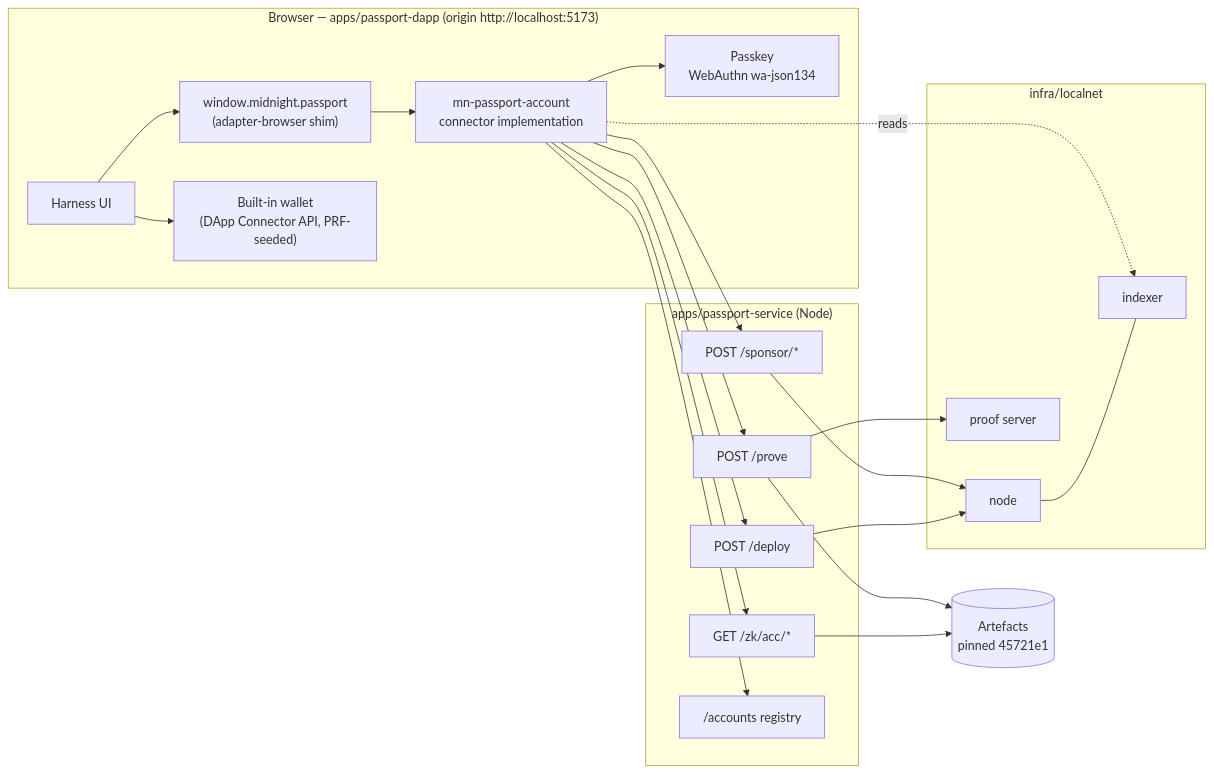
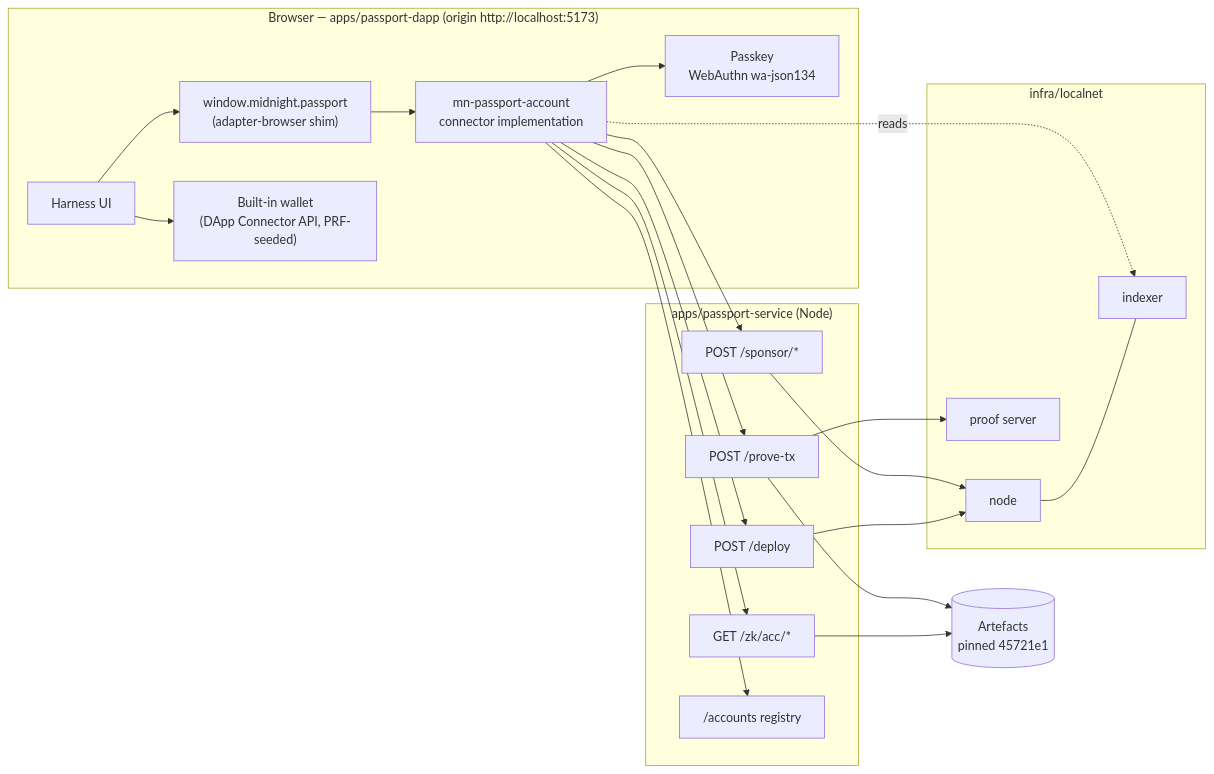
The diagram in docs/superpowers/specs/2026-10-06-passport-dapp-design.md (input-output-hk/midnight-passport-sdk), drawn with Mermaid before and after one commit. The commit also changed other lines of this file and 1 other file, not shown here.

````diff
--- a/docs/superpowers/specs/2026-10-06-passport-dapp-design.md
+++ b/docs/superpowers/specs/2026-10-06-passport-dapp-design.md
@@ -71,32 +73,32 @@
 ```mermaid
 flowchart LR
   subgraph Browser["Browser — apps/passport-dapp (origin http://localhost:5173)"]
     UI[Harness UI]
     Shim["window.midnight.passport<br/>(adapter-browser shim)"]
     Acc["mn-passport-account<br/>connector implementation"]
     Wallet["Built-in wallet<br/>(DApp Connector API, PRF-seeded)"]
     PK[Passkey<br/>WebAuthn wa-json134]
   end
   subgraph Service["apps/passport-service (Node)"]
     ZK["GET /zk/acc/*"]
-    Prove["POST /prove"]
+    Prove["POST /prove-tx"]
     Deploy["POST /deploy"]
     Sponsor["POST /sponsor/*"]
     Reg["/accounts registry"]
   end
   Disk[("Artefacts<br/>pinned 45721e1")]
   subgraph Net["infra/localnet"]
     Node[node] --- Idx[indexer]
     PS[proof server]
   end
   UI --> Shim --> Acc
   Acc --> PK
   Acc --> ZK & Prove & Deploy & Sponsor & Reg
   UI --> Wallet
   ZK --> Disk
   Prove --> Disk
   Prove --> PS
   Deploy --> Node
   Sponsor --> Node
   Acc -. reads .-> Idx
 ```
````
